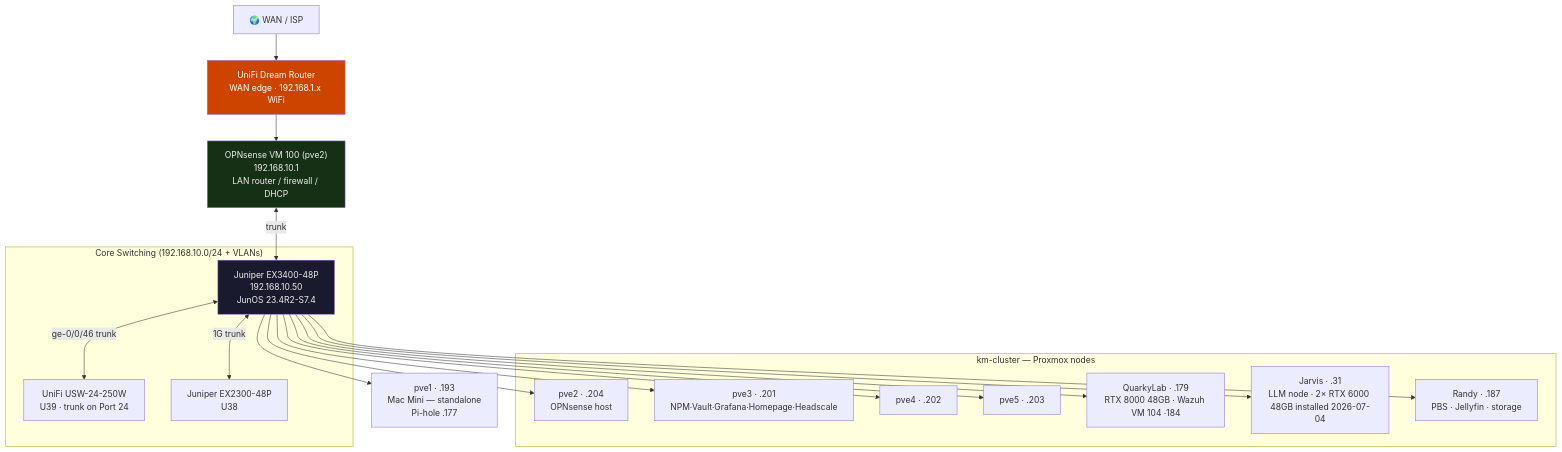
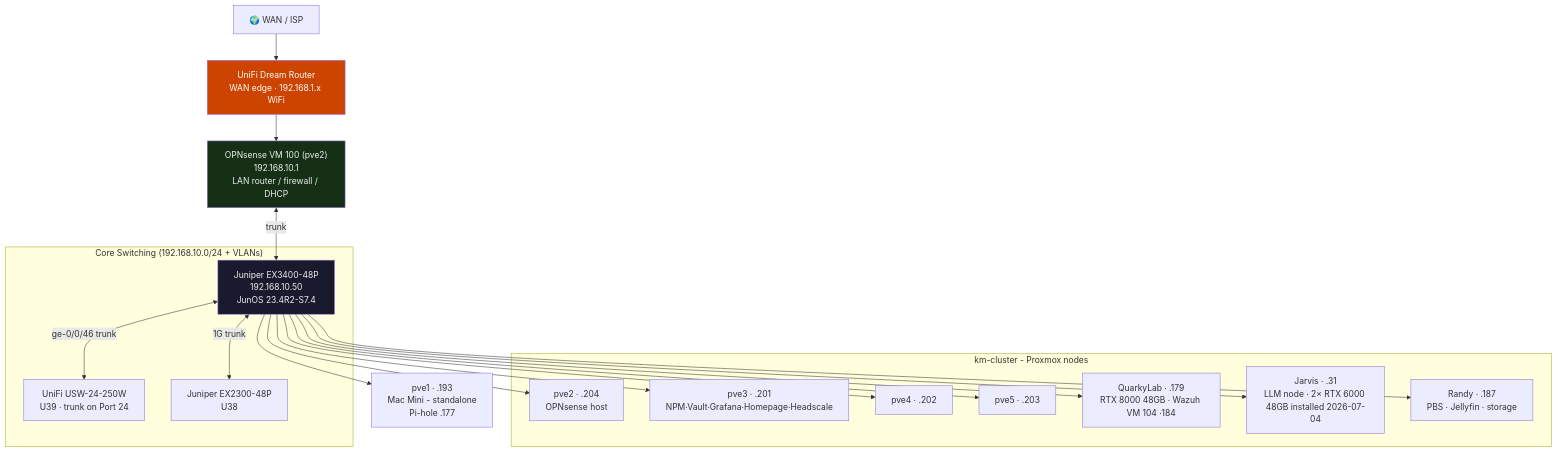
One commit to machismo0311/Home-Lab changed the diagram in vault/Networking/Network Overview.md. Above: the diagram before and after it, drawn with Mermaid. The commit also changed other lines of this file and 55 other files, not shown here.

Commit message:
vault: remove em dashes throughout (em dash -> hyphen, prose + docs); preserve en-dash ranges, ASCII alignment, mermaid, and links

````diff
--- a/vault/Networking/Network Overview.md
+++ b/vault/Networking/Network Overview.md
@@ -14,32 +14,32 @@
 ```mermaid
 flowchart TB
     WAN["🌍 WAN / ISP"] --> UDR["UniFi Dream Router<br/>WAN edge · 192.168.1.x WiFi"]
     UDR --> OPN["OPNsense VM 100 (pve2)<br/>192.168.10.1<br/>LAN router / firewall / DHCP"]
     OPN <-->|trunk| EX3400
 
     subgraph CORE["Core Switching (192.168.10.0/24 + VLANs)"]
         EX3400["Juniper EX3400-48P<br/>192.168.10.50<br/>JunOS 23.4R2-S7.4"]
         USW["UniFi USW-24-250W<br/>U39 · trunk on Port 24"]
         EX2300["Juniper EX2300-48P<br/>U38"]
         EX3400 <-->|ge-0/0/46 trunk| USW
         EX3400 <-->|1G trunk| EX2300
     end
 
-    subgraph PVE["km-cluster — Proxmox nodes"]
+    subgraph PVE["km-cluster - Proxmox nodes"]
         PVE2["pve2 · .204<br/>OPNsense host"]
         PVE3["pve3 · .201<br/>NPM·Vault·Grafana·Homepage·Headscale"]
         PVE4["pve4 · .202"]
         PVE5["pve5 · .203"]
         QUARK["QuarkyLab · .179<br/>RTX 8000 48GB · Wazuh VM 104 ·184"]
         JARVIS["Jarvis · .31<br/>LLM node · 2× RTX 6000 48GB installed 2026-07-04"]
         RANDY["Randy · .187<br/>PBS · Jellyfin · storage"]
     end
 
-    PVE1["pve1 · .193<br/>Mac Mini — standalone<br/>Pi-hole .177"]
+    PVE1["pve1 · .193<br/>Mac Mini - standalone<br/>Pi-hole .177"]
 
     EX3400 --> PVE2 & PVE3 & PVE4 & PVE5 & QUARK & JARVIS & RANDY & PVE1
 
     style UDR fill:#cc4400,color:#fff
     style OPN fill:#163016,color:#eee
     style EX3400 fill:#1a1a2e,color:#eee
 ```
````
